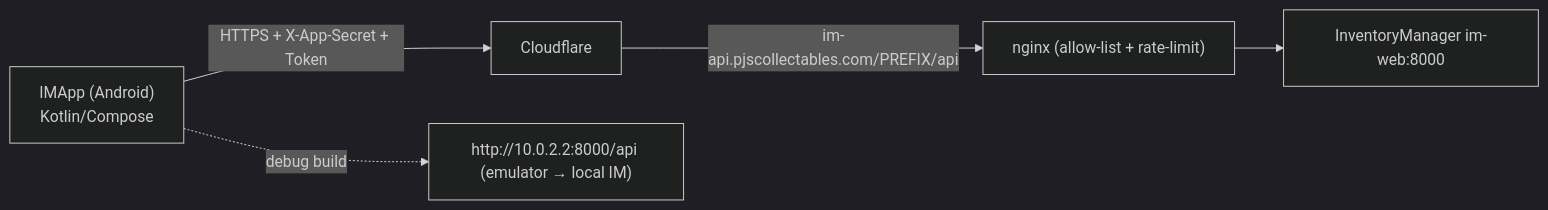
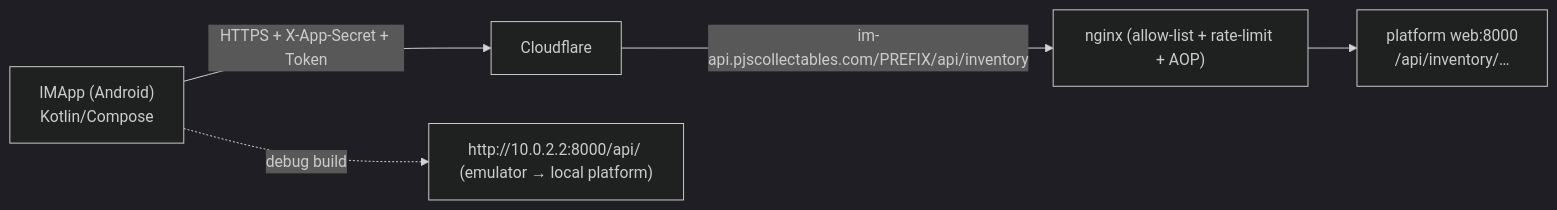
Before and after one commit to MKRO-JWL/pjs-ecosystem-docs: the fourth of 4 diagrams in SOFTWARE_ECOSYSTEM.md, drawn with Mermaid (dark theme). The commit also changed other lines of this file, not shown here.

````diff
--- a/SOFTWARE_ECOSYSTEM.md
+++ b/SOFTWARE_ECOSYSTEM.md
@@ -968,7 +540,7 @@
 ```mermaid
 flowchart LR
     Phone["IMApp (Android)<br/>Kotlin/Compose"] -->|HTTPS + X-App-Secret + Token| CF["Cloudflare"]
-    CF -->|im-api.pjscollectables.com/PREFIX/api| NGINX["nginx (allow-list + rate-limit)"]
-    NGINX --> IM["InventoryManager im-web:8000"]
-    Phone -.->|debug build| Emu["http://10.0.2.2:8000/api (emulator → local IM)"]
+    CF -->|im-api.pjscollectables.com/PREFIX/api/inventory| NGINX["nginx (allow-list + rate-limit + AOP)"]
+    NGINX --> WEB["platform web:8000<br/>/api/inventory/…"]
+    Phone -.->|debug build| Emu["http://10.0.2.2:8000/api/ (emulator → local platform)"]
 ```
````
